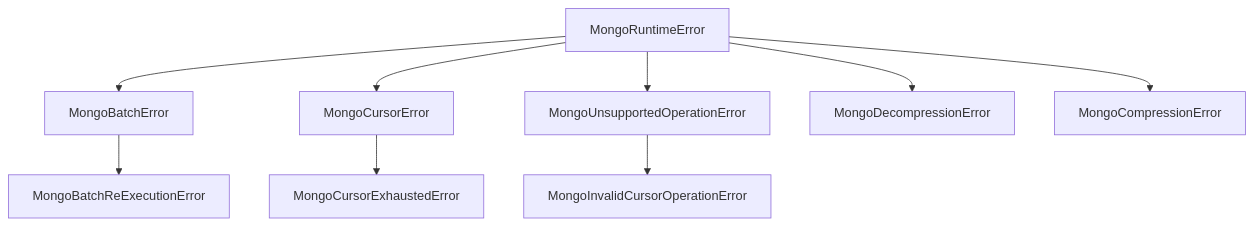
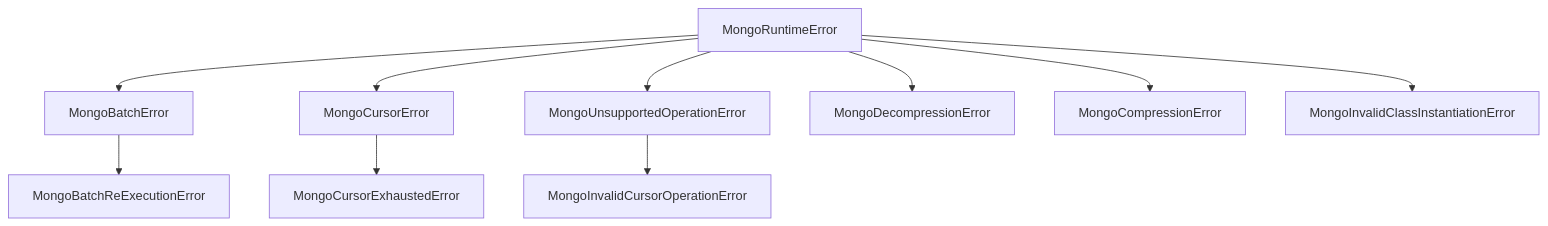
Before and after one commit to mongodb/node-mongodb-native: the diagram in docs/charts/mermaid/MongoRuntimeError_0.mmd, drawn with Mermaid. The commit also changed 4 other files, not shown here.

Commit message:
docs: Add MongoInvalidClassInstantiationError

```diff
--- a/docs/charts/mermaid/MongoRuntimeError_0.mmd
+++ b/docs/charts/mermaid/MongoRuntimeError_0.mmd
@@ -1,12 +1,13 @@
 graph TD
   MongoRuntimeError --> MongoBatchError
   MongoRuntimeError --> MongoCursorError
   MongoRuntimeError --> MongoUnsupportedOperationError
   MongoRuntimeError --> MongoDecompressionError
   MongoRuntimeError --> MongoCompressionError
+  MongoRuntimeError --> MongoInvalidClassInstantiationError
 
   MongoBatchError --> MongoBatchReExecutionError
 
   MongoCursorError --> MongoCursorExhaustedError
 
   MongoUnsupportedOperationError --> MongoInvalidCursorOperationError
```
